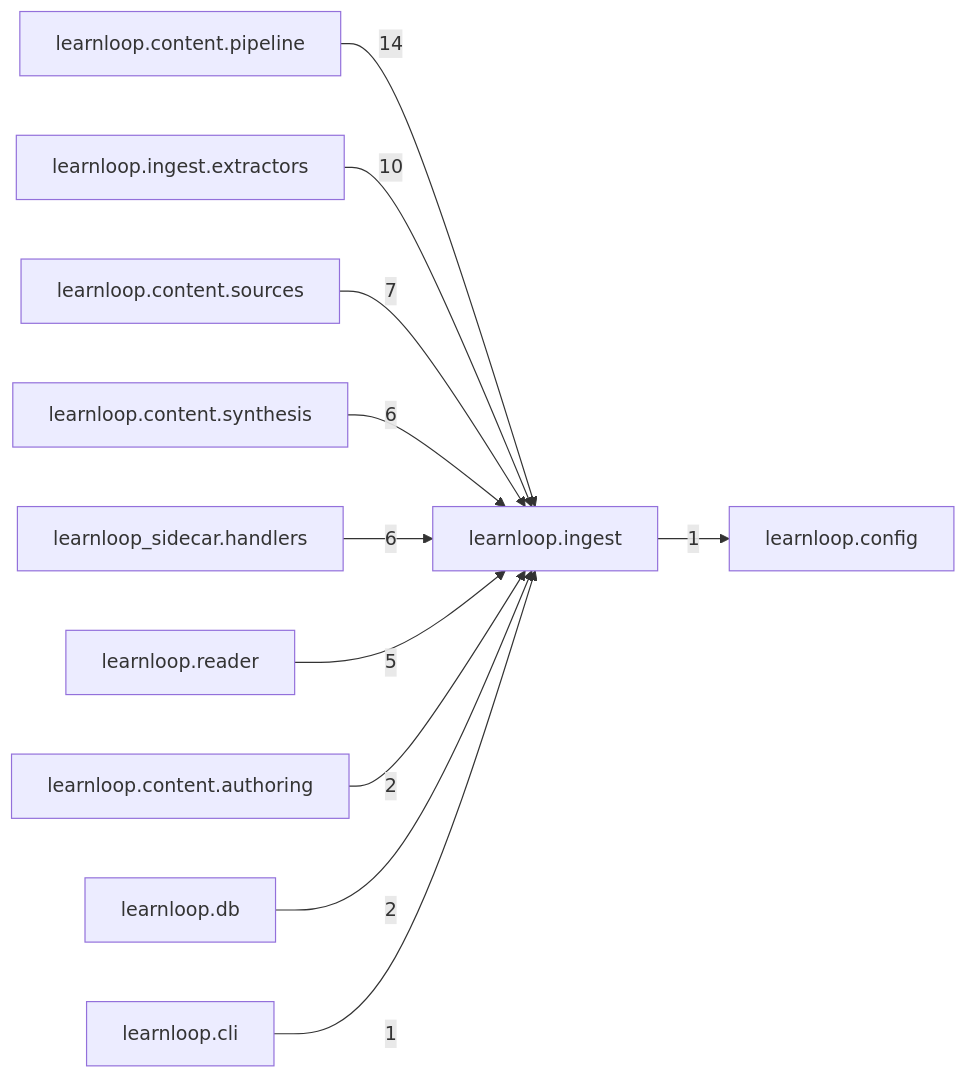
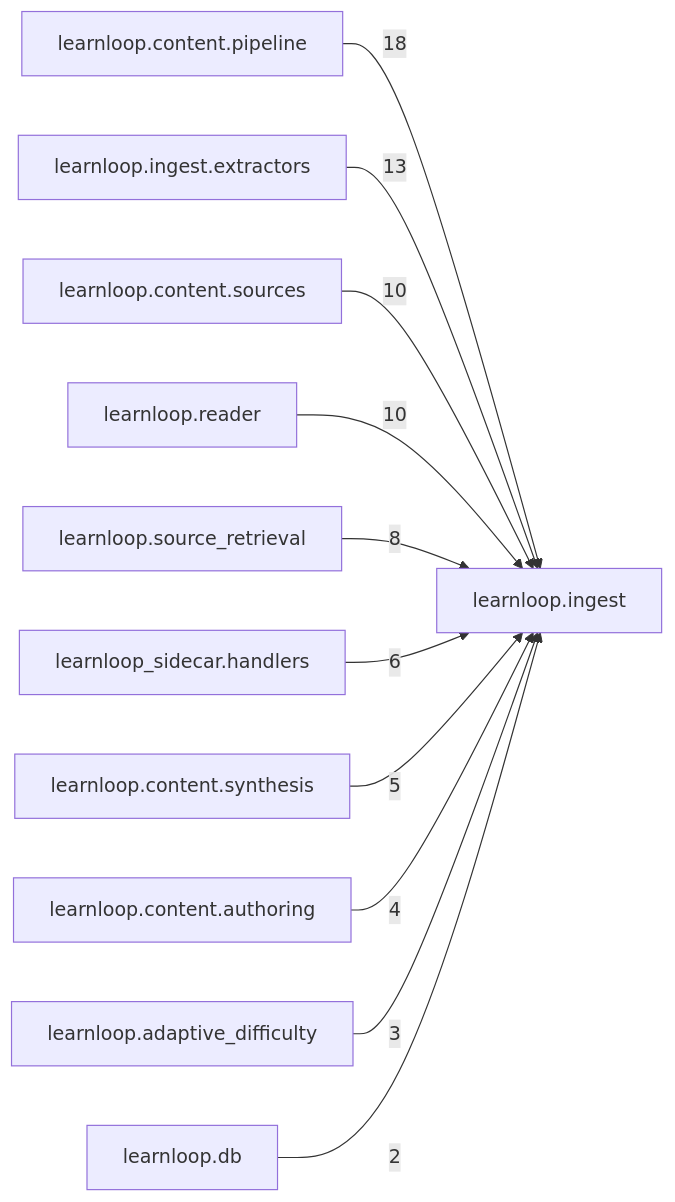
The diagram in docs/learnloop-architecture-vault/Reference/Modules/learnloop/ingest/_package.md (6up-b/learnanything), drawn with Mermaid before and after one commit. The commit also changed other lines of this file and 1202 other files, not shown here.

````diff
--- a/docs/learnloop-architecture-vault/Reference/Modules/learnloop/ingest/_package.md
+++ b/docs/learnloop-architecture-vault/Reference/Modules/learnloop/ingest/_package.md
@@ -100,24 +114,24 @@
 ```mermaid
 flowchart LR
     center["learnloop.ingest"]
     n_learnloop_content_pipeline["learnloop.content.pipeline"]
     n_learnloop_ingest_extractors["learnloop.ingest.extractors"]
     n_learnloop_content_sources["learnloop.content.sources"]
+    n_learnloop_reader["learnloop.reader"]
+    n_learnloop_source_retrieval["learnloop.source_retrieval"]
+    n_learnloop_sidecar_handlers["learnloop_sidecar.handlers"]
     n_learnloop_content_synthesis["learnloop.content.synthesis"]
-    n_learnloop_sidecar_handlers["learnloop_sidecar.handlers"]
-    n_learnloop_reader["learnloop.reader"]
     n_learnloop_content_authoring["learnloop.content.authoring"]
+    n_learnloop_adaptive_difficulty["learnloop.adaptive_difficulty"]
     n_learnloop_db["learnloop.db"]
-    n_learnloop_cli["learnloop.cli"]
-    n_learnloop_config["learnloop.config"]
-    n_learnloop_content_pipeline -->|14| center
-    n_learnloop_ingest_extractors -->|10| center
-    n_learnloop_content_sources -->|7| center
-    n_learnloop_content_synthesis -->|6| center
+    n_learnloop_content_pipeline -->|18| center
+    n_learnloop_ingest_extractors -->|13| center
+    n_learnloop_content_sources -->|10| center
+    n_learnloop_reader -->|10| center
+    n_learnloop_source_retrieval -->|8| center
     n_learnloop_sidecar_handlers -->|6| center
-    n_learnloop_reader -->|5| center
-    n_learnloop_content_authoring -->|2| center
+    n_learnloop_content_synthesis -->|5| center
+    n_learnloop_content_authoring -->|4| center
+    n_learnloop_adaptive_difficulty -->|3| center
     n_learnloop_db -->|2| center
-    n_learnloop_cli -->|1| center
-    center -->|1| n_learnloop_config
 ```
````
